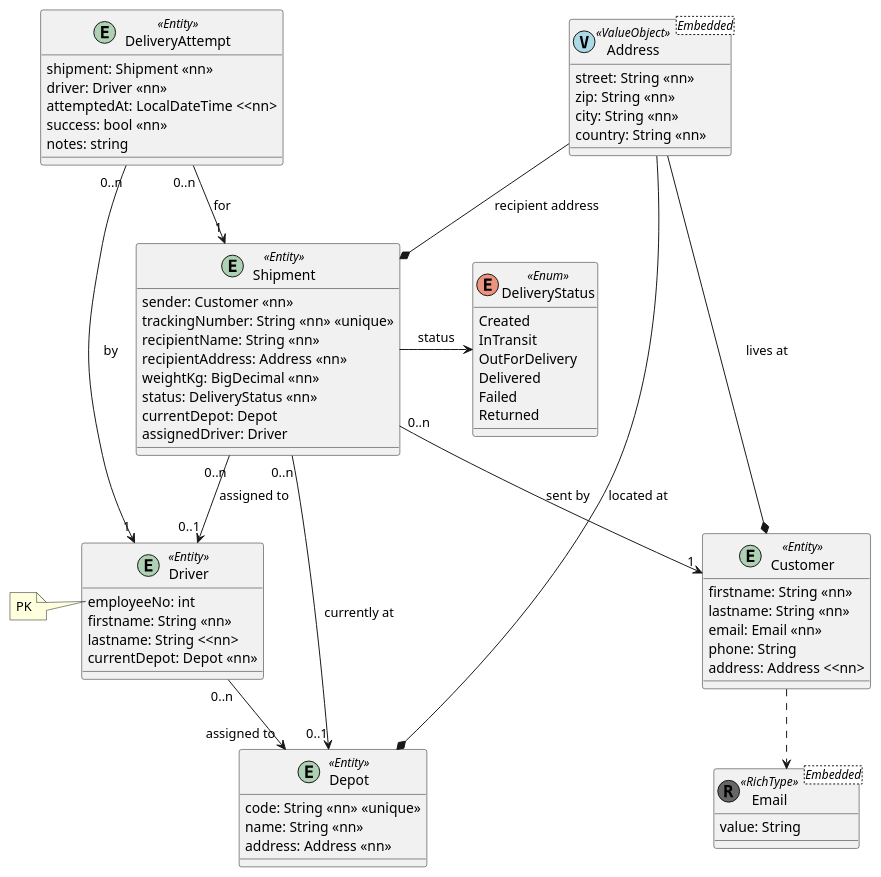
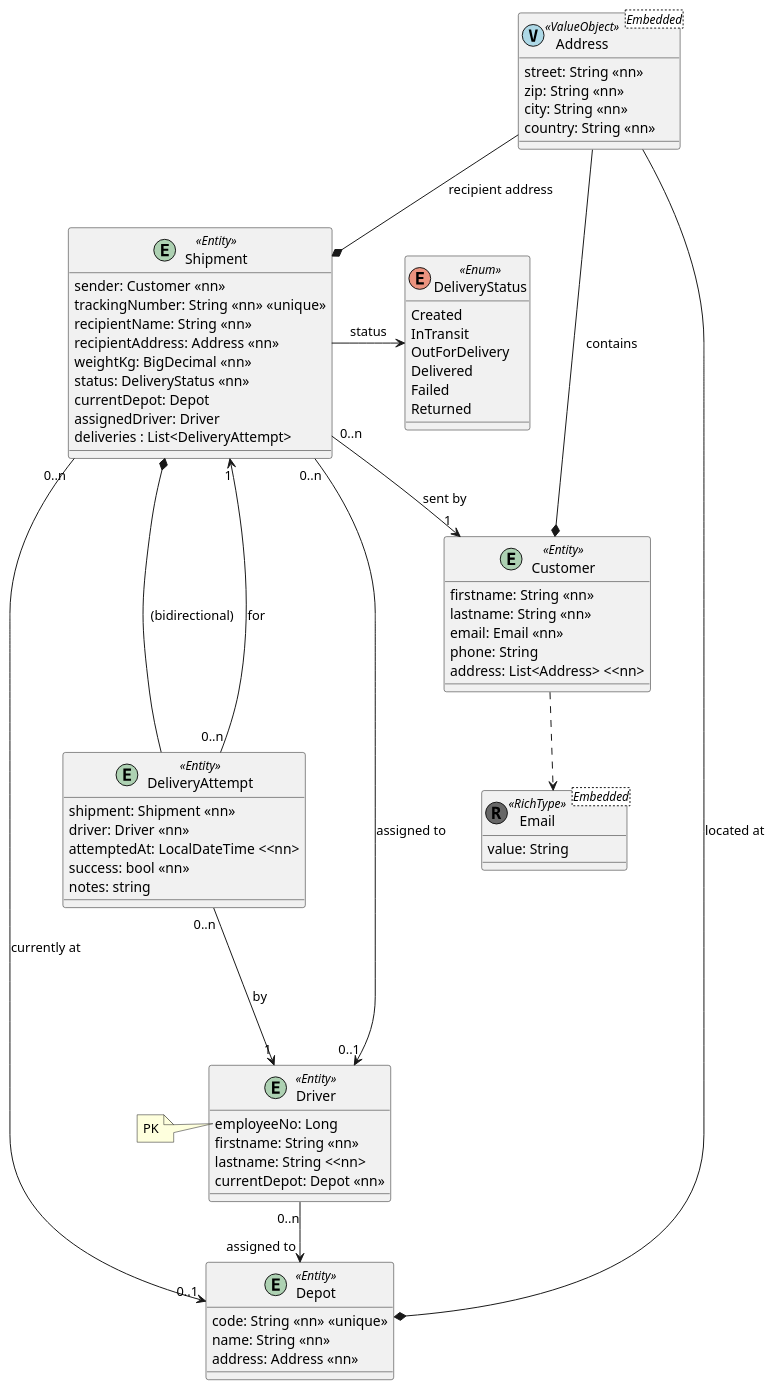
One commit to TheRealCheeseLord/pos-matura-example changed the diagram in domain/src/main/resources/puml/domain.puml. Above: the diagram before and after it, drawn with PlantUML. The commit also changed 4 other files, not shown here.

```diff
--- a/domain/src/main/resources/puml/domain.puml
+++ b/domain/src/main/resources/puml/domain.puml
@@ -1,86 +1,88 @@
 @startuml
 
 ' Objects
 
 class Address<Embedded><< (V,#ADD8E6) ValueObject >> {
     street: String <<nn>>
     zip: String <<nn>>
     city: String <<nn>>
     country: String <<nn>>
 }
 
 class Email<Embedded><< (R, #676767) RichType >> {
     value: String
 }
 
 entity Customer<<Entity>> {
     firstname: String <<nn>>
     lastname: String <<nn>>
     email: Email <<nn>>
     phone: String
-    address: Address <<nn>
+    address: List<Address> <<nn>
 }
 
 entity Depot<<Entity>> {
     code: String <<nn>> <<unique>>
     name: String <<nn>>
     address: Address <<nn>>
 }
 
 entity Driver<<Entity>> {
-    employeeNo: int
+    employeeNo: Long
     firstname: String <<nn>>
     lastname: String <<nn>
     currentDepot: Depot <<nn>>
 }
 note left of Driver::employeeNo
 PK
 end note
 
 enum DeliveryStatus<<Enum>> {
     Created
     InTransit
     OutForDelivery
     Delivered
     Failed
     Returned
 }
 
 entity Shipment<<Entity>> {
     sender: Customer <<nn>>
     trackingNumber: String <<nn>> <<unique>>
     recipientName: String <<nn>>
     recipientAddress: Address <<nn>>
     weightKg: BigDecimal <<nn>>
     status: DeliveryStatus <<nn>>
     currentDepot: Depot
     assignedDriver: Driver
+    deliveries : List<DeliveryAttempt>
 }
 
 entity DeliveryAttempt<<Entity>> {
     shipment: Shipment <<nn>>
     driver: Driver <<nn>>
     attemptedAt: LocalDateTime <<nn>
     success: bool <<nn>>
     notes: string
 }
 
 ' Relations
 
-Customer *-- Address : lives at
+Customer *-- Address : contains
 Customer -[dashed]-> Email
 
 Depot *-- Address : located at
 
 Driver "0..n" --> "assigned to" Depot
 
 Shipment *-up- Address : "recipient address"
 Shipment "0..n" --> "1" Customer : sent by
 Shipment "0..n" --> "0..1" Depot : currently at
 Shipment "0..n" --> "0..1" Driver : assigned to
 Shipment -right-> DeliveryStatus : status
+Shipment *--- DeliveryAttempt : (bidirectional)
 
 DeliveryAttempt "0..n" --> "1" Shipment : for
 DeliveryAttempt "0..n" ---> "1" Driver : by
 
 @enduml
```
